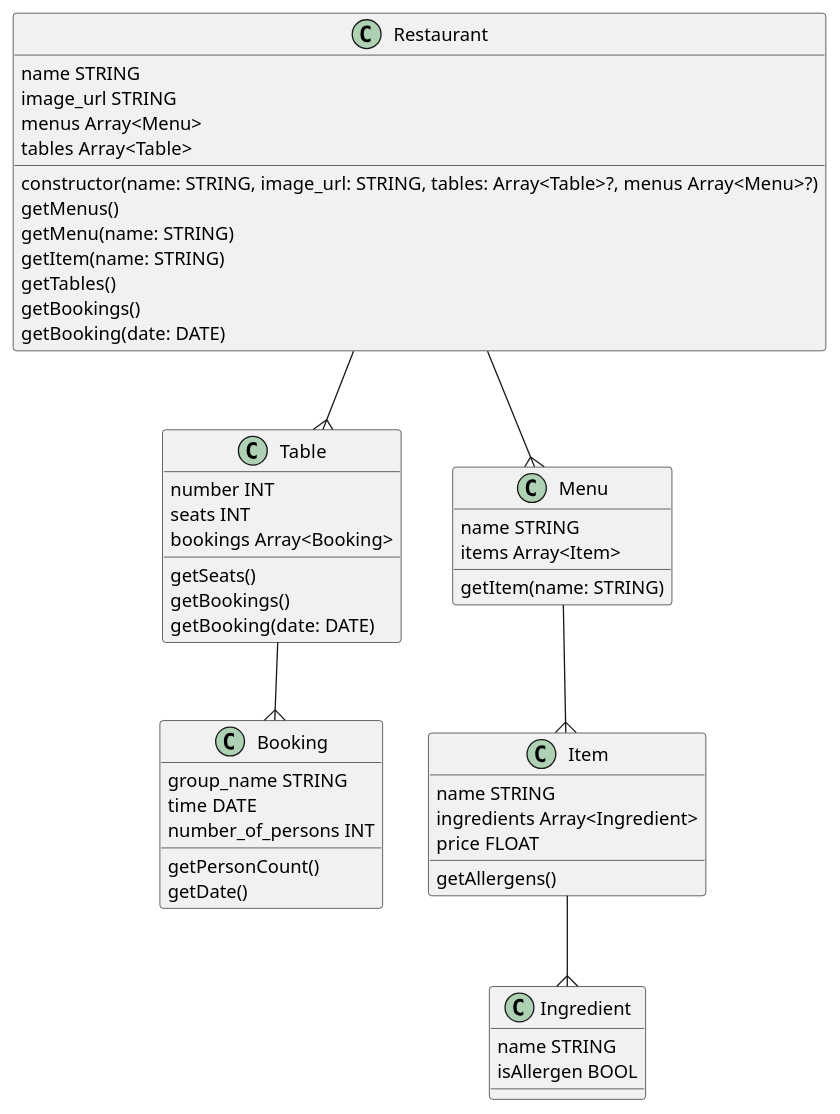
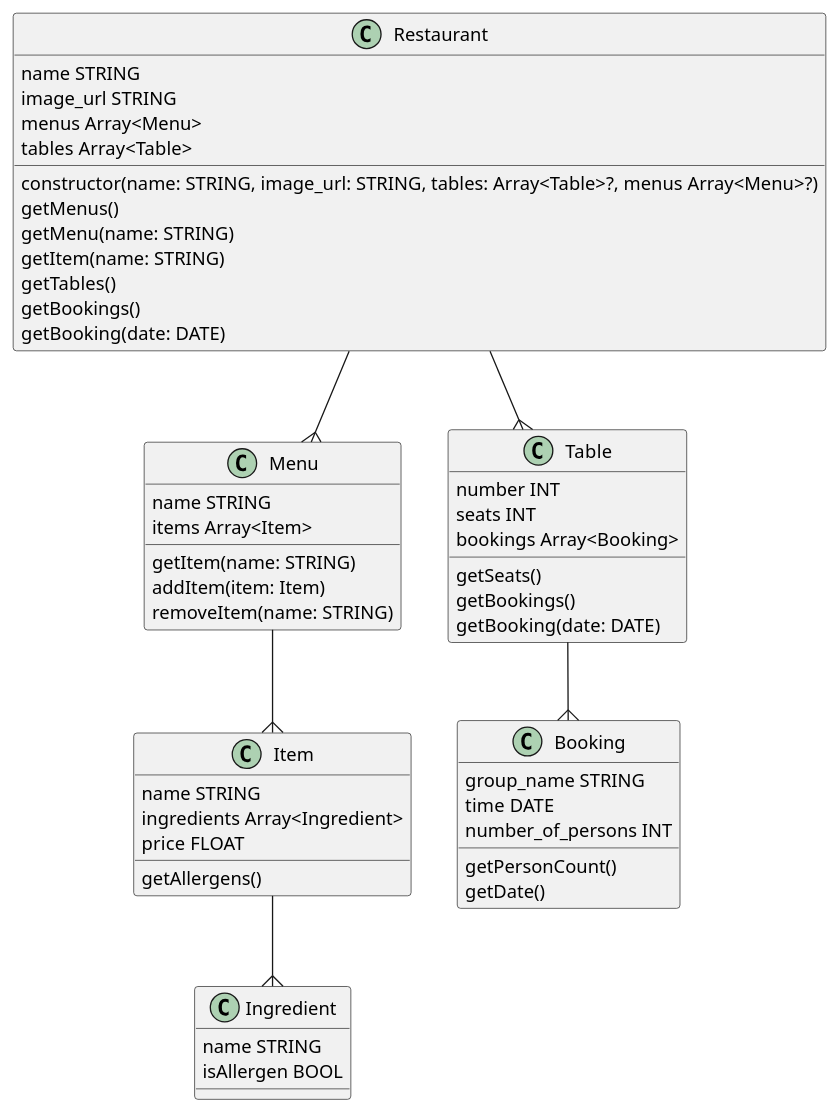
Before and after one commit to michael-bailey/js-restaurant: the diagram in docs/models/restaurant.plantuml, drawn with PlantUML.

Commit message:
updated diagrams

```diff
--- a/docs/models/restaurant.plantuml
+++ b/docs/models/restaurant.plantuml
@@ -1,67 +1,69 @@
 @startuml Restaurant
 
 ' notes
 ' note top of Restaurant : This is the main class of the module
 ' note left of Table : This Represents a sing table in the Restaurant 
 
 class Restaurant {
     name STRING
     image_url STRING
     menus Array<Menu>
     tables Array<Table>
 
     constructor(name: STRING, image_url: STRING, tables: Array<Table>?, menus Array<Menu>?)
     getMenus()
     getMenu(name: STRING)
     getItem(name: STRING)
     getTables()
     getBookings()
     getBooking(date: DATE)
 }
 
+class Menu {
+    name STRING
+    items Array<Item>
+
+    getItem(name: STRING)
+    addItem(item: Item)
+    removeItem(name: STRING)
+}
+
+class Item {
+    name STRING
+    ingredients Array<Ingredient>
+    price FLOAT
+
+    getAllergens()
+}
+
 class Table {
     number INT
     seats INT
     bookings Array<Booking>
 
     getSeats()
     getBookings()
     getBooking(date: DATE)
 }
 
 class Booking {
     group_name STRING
     time DATE
     number_of_persons INT
 
     getPersonCount()
     getDate()
 }
 
-class Menu {
-    name STRING
-    items Array<Item>
-
-    getItem(name: STRING)
-}
-
-class Item {
-    name STRING
-    ingredients Array<Ingredient>
-    price FLOAT
-
-    getAllergens()
-}
-
 class Ingredient {
     name STRING
     isAllergen BOOL
 }
 
 Restaurant--{Menu
 Menu--{Item
 Item--{Ingredient
 Restaurant--{Table
 Table--{Booking
 
 @enduml
```
